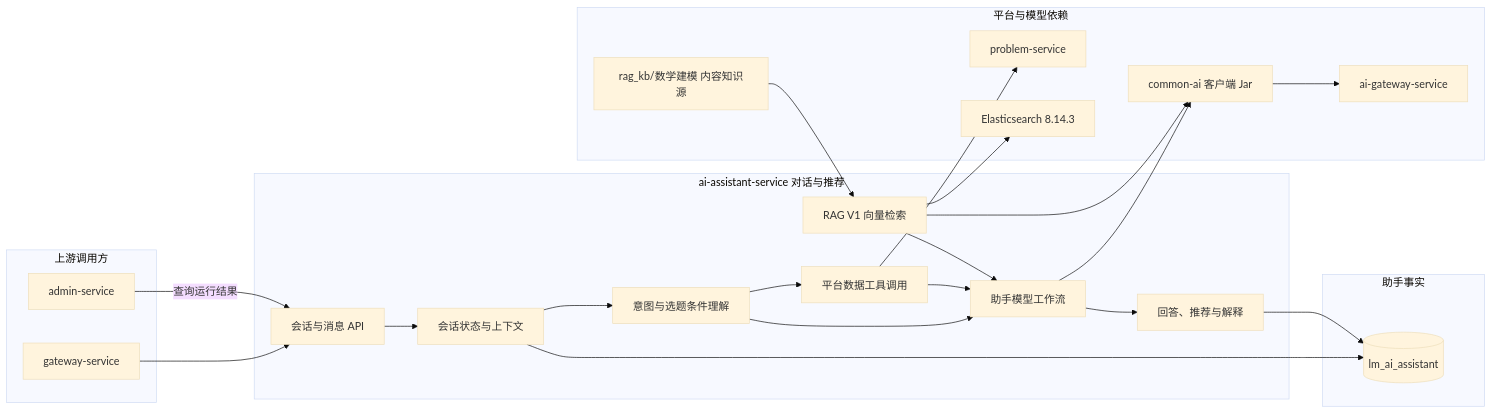
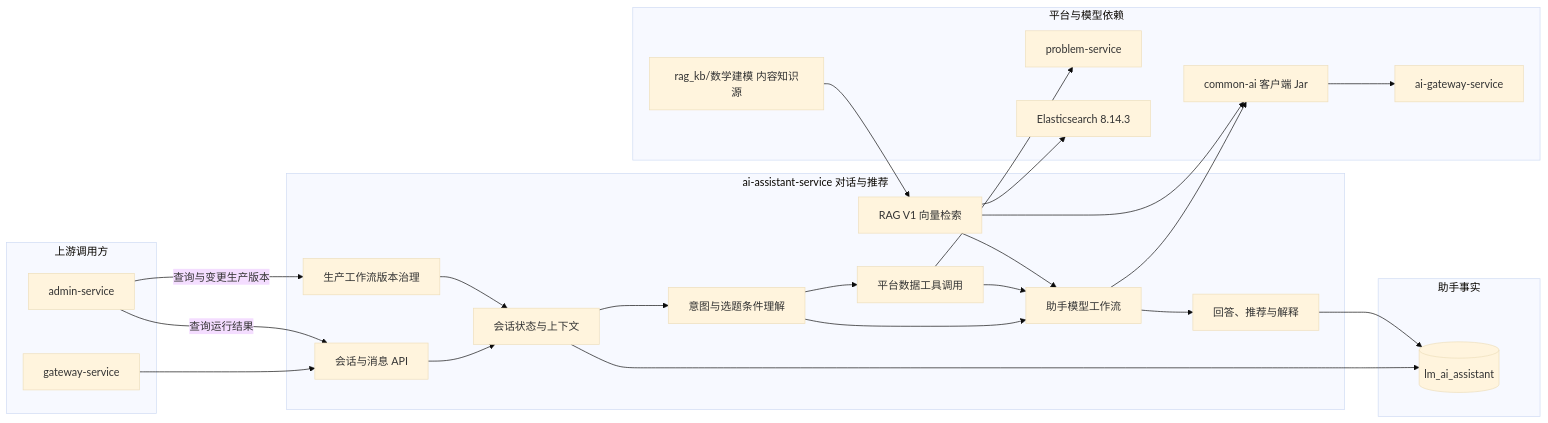
One commit to Dorian7Alden/LeetModel changed the diagram in docs/project/03-微服务设计/ai-assistant-service/README.md. Above: the diagram before and after it, drawn with Mermaid (base theme). The commit also changed other lines of this file and 4 other files, not shown here.

````diff
--- a/docs/project/03-微服务设计/ai-assistant-service/README.md
+++ b/docs/project/03-微服务设计/ai-assistant-service/README.md
@@ -22,48 +22,51 @@
 ```mermaid
 flowchart LR
     subgraph callers["上游调用方"]
         apiGateway["gateway-service"]
         adminService["admin-service"]
     end
 
     subgraph assistant["ai-assistant-service 对话与推荐"]
         conversationApi["会话与消息 API"]
         sessionContext["会话状态与上下文"]
+        productionGovernance["生产工作流版本治理"]
         intent["意图与选题条件理解"]
         toolQuery["平台数据工具调用"]
         assistantWorkflow["助手模型工作流"]
         ragRetriever["RAG V1 向量检索"]
         response["回答、推荐与解释"]
 
         conversationApi --> sessionContext
+        productionGovernance --> sessionContext
         sessionContext --> intent
         intent --> toolQuery
         intent --> assistantWorkflow
         toolQuery --> assistantWorkflow
         ragRetriever --> assistantWorkflow
         assistantWorkflow --> response
     end
 
     subgraph dependencies["平台与模型依赖"]
         problemService["problem-service"]
         commonAi["common-ai 客户端 Jar"]
         aiGateway["ai-gateway-service"]
         elasticsearch["Elasticsearch 8.14.3"]
         ragKnowledge["rag_kb/数学建模 内容知识源"]
     end
 
     subgraph data["助手事实"]
         assistantDatabase[(lm_ai_assistant)]
     end
 
     apiGateway --> conversationApi
     adminService -->|"查询运行结果"| conversationApi
+    adminService -->|"查询与变更生产版本"| productionGovernance
     toolQuery --> problemService
     assistantWorkflow --> commonAi
     ragRetriever --> commonAi
     ragRetriever --> elasticsearch
     ragKnowledge --> ragRetriever
     commonAi --> aiGateway
     sessionContext --> assistantDatabase
     response --> assistantDatabase
 ```
````
